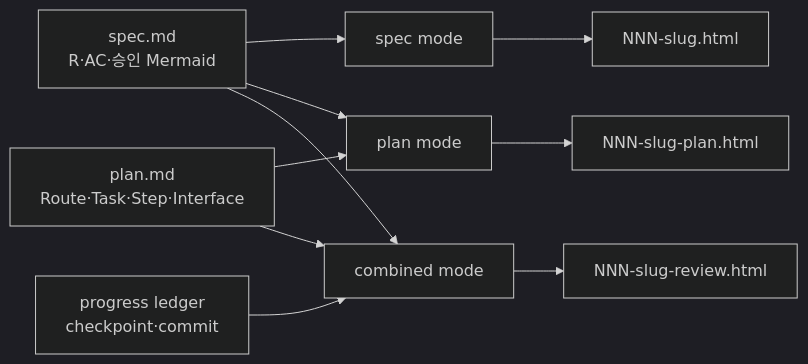
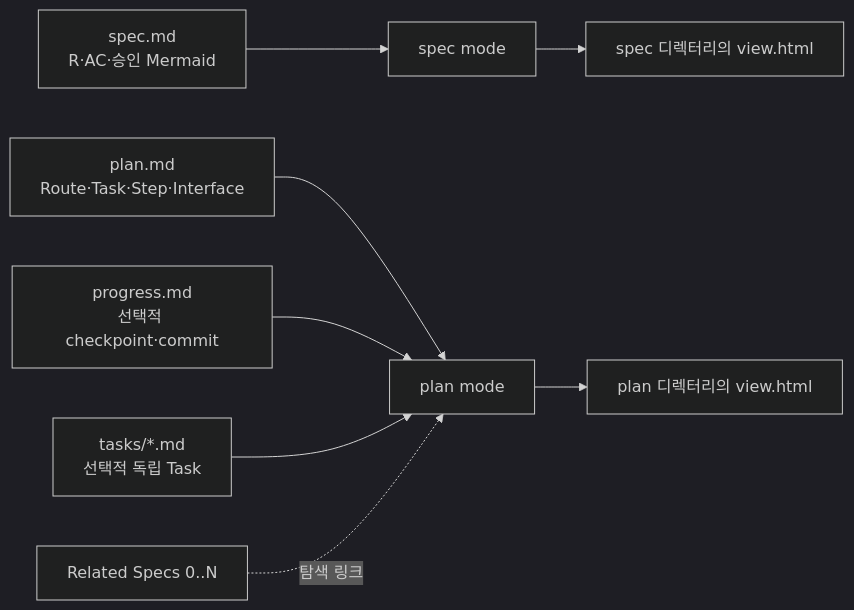
One commit to hope1026/aiagent-plugins changed the second of 4 diagrams in docs/specs/002-lifecycle-review-viewer/spec.md. Above: the diagram before and after it, drawn with Mermaid (dark theme). The commit also changed other lines of this file and 1 other file, not shown here.

Commit message:
docs(forge): approve viewer lifecycle plan

````diff
--- a/docs/specs/002-lifecycle-review-viewer/spec.md
+++ b/docs/specs/002-lifecycle-review-viewer/spec.md
@@ -153,12 +173,10 @@
 ```mermaid
 flowchart LR
     S[spec.md<br/>R·AC·승인 Mermaid] --> SM[spec mode]
     P[plan.md<br/>Route·Task·Step·Interface] --> PM[plan mode]
-    S --> PM
-    S --> CM[combined mode]
-    P --> CM
-    L[progress ledger<br/>checkpoint·commit] --> CM
-    SM --> V1[NNN-slug.html]
-    PM --> V2[NNN-slug-plan.html]
-    CM --> V3[NNN-slug-review.html]
+    L[progress.md<br/>선택적 checkpoint·commit] --> PM
+    T[tasks/*.md<br/>선택적 독립 Task] --> PM
+    RS[Related Specs 0..N] -. 탐색 링크 .-> PM
+    SM --> V1[spec 디렉터리의 view.html]
+    PM --> V2[plan 디렉터리의 view.html]
 ```
````
